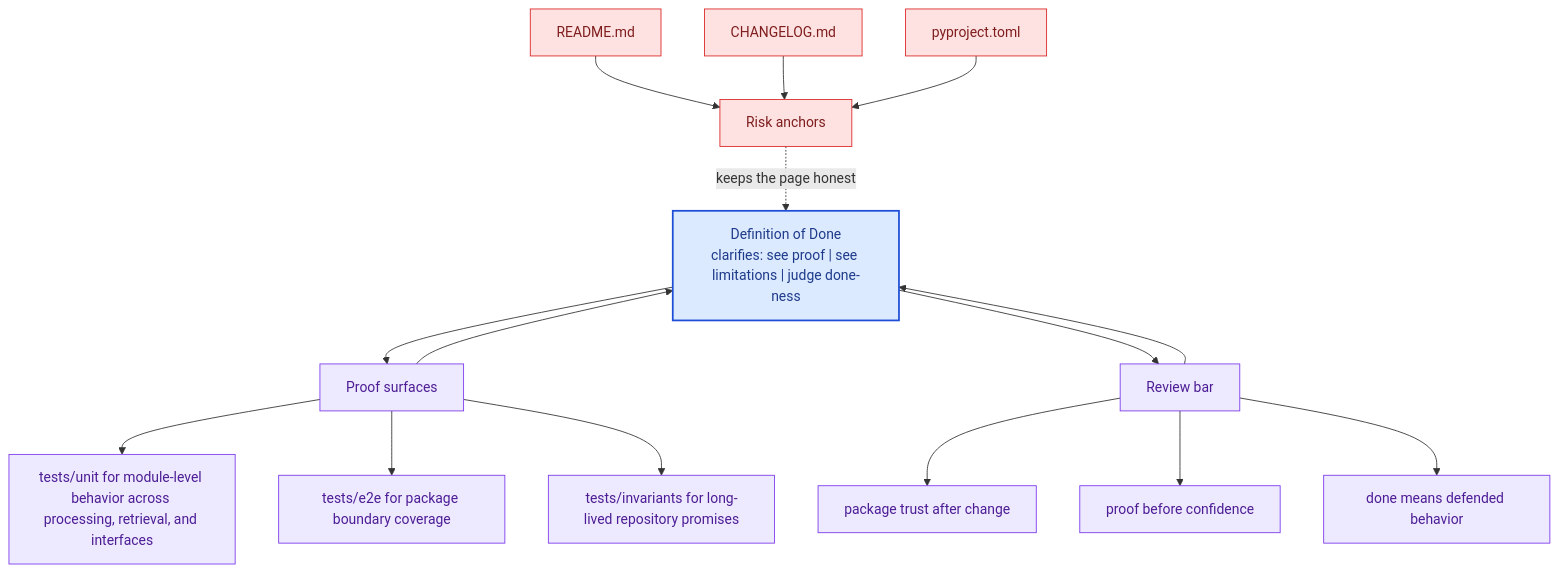
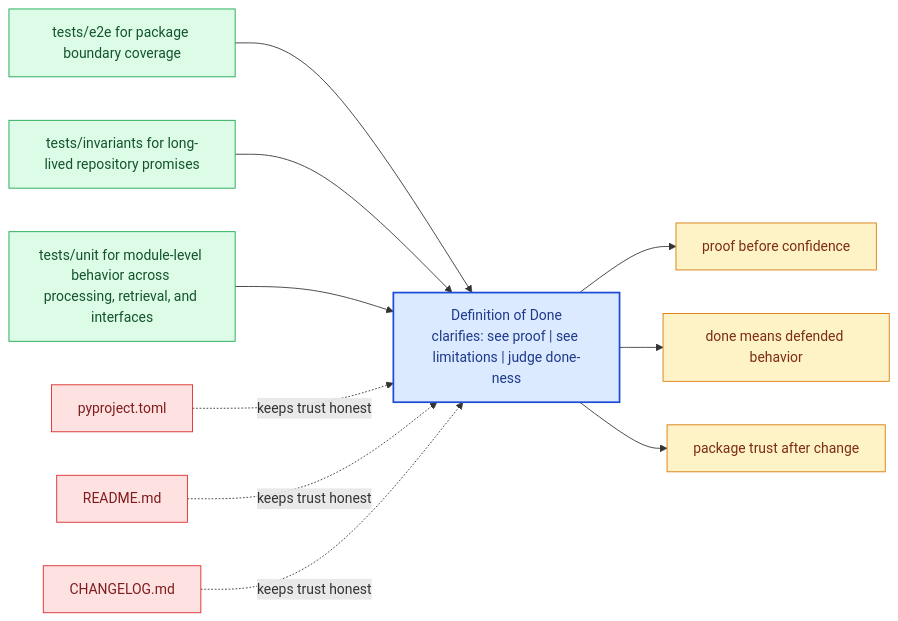
One commit to bijux/bijux-canon changed the diagram in docs/bijux-canon-ingest/quality/definition-of-done.md. Above: the diagram before and after it, drawn with Mermaid. The commit also changed other lines of this file and 281 other files, not shown here.

Commit message:
docs(diagrams): replace repeated mermaid scaffolds with page-specific summaries

````diff
--- a/docs/bijux-canon-ingest/quality/definition-of-done.md
+++ b/docs/bijux-canon-ingest/quality/definition-of-done.md
@@ -67,41 +22,31 @@
 ```mermaid
-flowchart TB
-    promise["Definition of Done<br/>clarifies: see proof | see limitations | judge done-ness"]
-    classDef promise fill:#dbeafe,stroke:#1d4ed8,color:#1e3a8a,stroke-width:2px;
-    classDef driver fill:#dcfce7,stroke:#16a34a,color:#14532d;
-    classDef constraint fill:#fee2e2,stroke:#dc2626,color:#7f1d1d;
-    classDef ground fill:#ede9fe,stroke:#7c3aed,color:#4c1d95;
-    focus1["Proof surfaces"]
-    focus1 --> promise
-    promise --> focus1
-    focus1_1["tests/unit for module-level behavior across processing, retrieval, and interfaces"]
-    focus1 --> focus1_1
-    focus1_2["tests/e2e for package boundary coverage"]
-    focus1 --> focus1_2
-    focus1_3["tests/invariants for long-lived repository promises"]
-    focus1 --> focus1_3
-    class focus1 ground;
-    class focus1_1,focus1_2,focus1_3 ground;
-    focus2["Risk anchors"]
-    focus2 -.keeps the page honest.-> promise
-    focus2_1["README.md"]
-    focus2_1 --> focus2
-    focus2_2["CHANGELOG.md"]
-    focus2_2 --> focus2
-    focus2_3["pyproject.toml"]
-    focus2_3 --> focus2
-    class focus2 constraint;
-    class focus2_1,focus2_2,focus2_3 constraint;
-    focus3["Review bar"]
-    focus3 --> promise
-    promise --> focus3
-    focus3_1["package trust after change"]
-    focus3 --> focus3_1
-    focus3_2["proof before confidence"]
-    focus3 --> focus3_2
-    focus3_3["done means defended behavior"]
-    focus3 --> focus3_3
-    class focus3 ground;
-    class focus3_1,focus3_2,focus3_3 ground;
-    class promise promise;
+flowchart LR
+    page["Definition of Done<br/>clarifies: see proof | see limitations | judge done-ness"]
+    classDef page fill:#dbeafe,stroke:#1d4ed8,color:#1e3a8a,stroke-width:2px;
+    classDef positive fill:#dcfce7,stroke:#16a34a,color:#14532d;
+    classDef caution fill:#fee2e2,stroke:#dc2626,color:#7f1d1d;
+    classDef anchor fill:#ede9fe,stroke:#7c3aed,color:#4c1d95;
+    classDef action fill:#fef3c7,stroke:#d97706,color:#7c2d12;
+    proof1["tests/e2e for package boundary coverage"]
+    proof1 --> page
+    proof2["tests/invariants for long-lived repository promises"]
+    proof2 --> page
+    proof3["tests/unit for module-level behavior across processing, retrieval, and interfaces"]
+    proof3 --> page
+    risk1["pyproject.toml"]
+    risk1 -.keeps trust honest.-> page
+    risk2["README.md"]
+    risk2 -.keeps trust honest.-> page
+    risk3["CHANGELOG.md"]
+    risk3 -.keeps trust honest.-> page
+    bar1["proof before confidence"]
+    page --> bar1
+    bar2["done means defended behavior"]
+    page --> bar2
+    bar3["package trust after change"]
+    page --> bar3
+    class page page;
+    class proof1,proof2,proof3 positive;
+    class risk1,risk2,risk3 caution;
+    class bar1,bar2,bar3 action;
 ```
````
